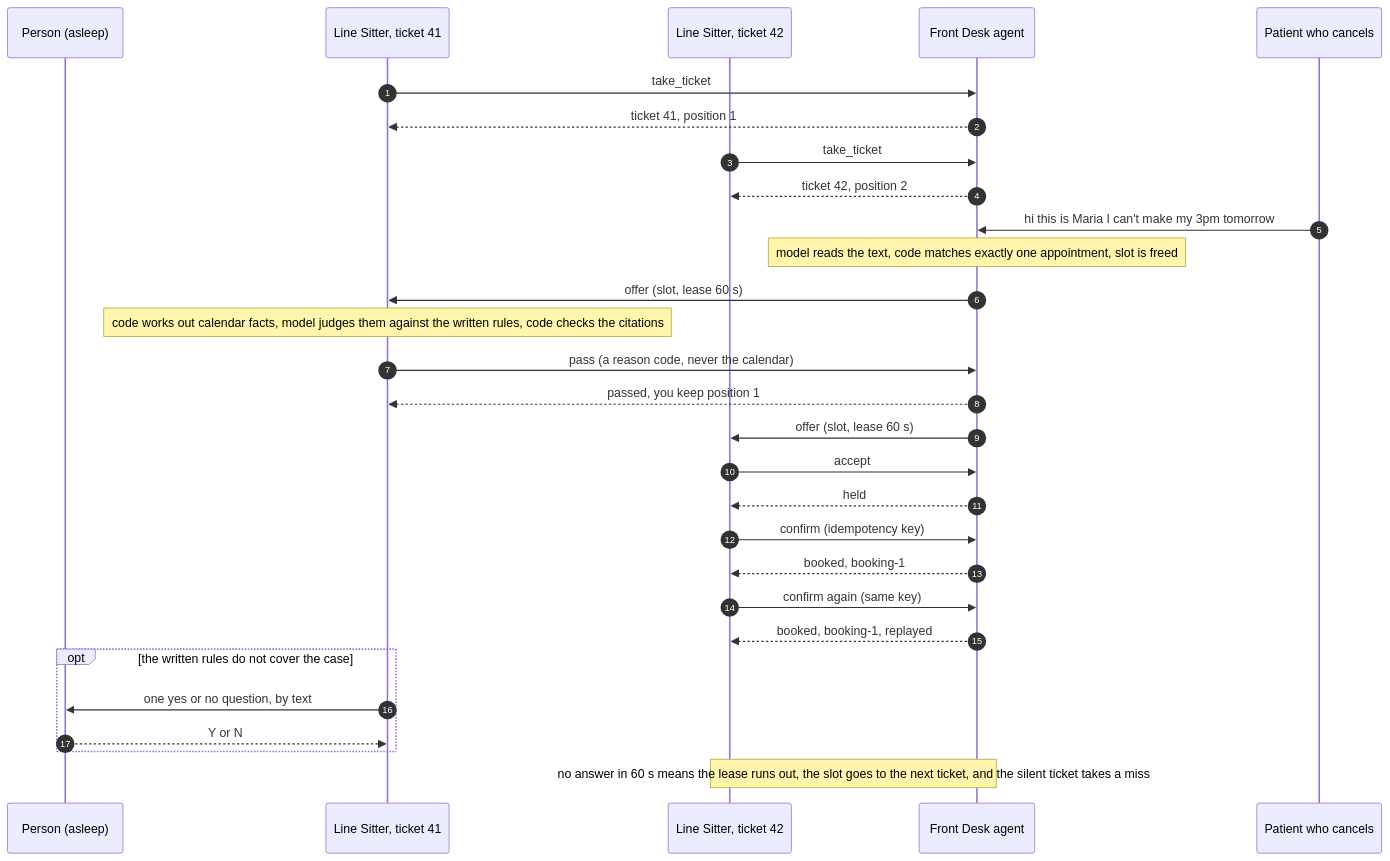
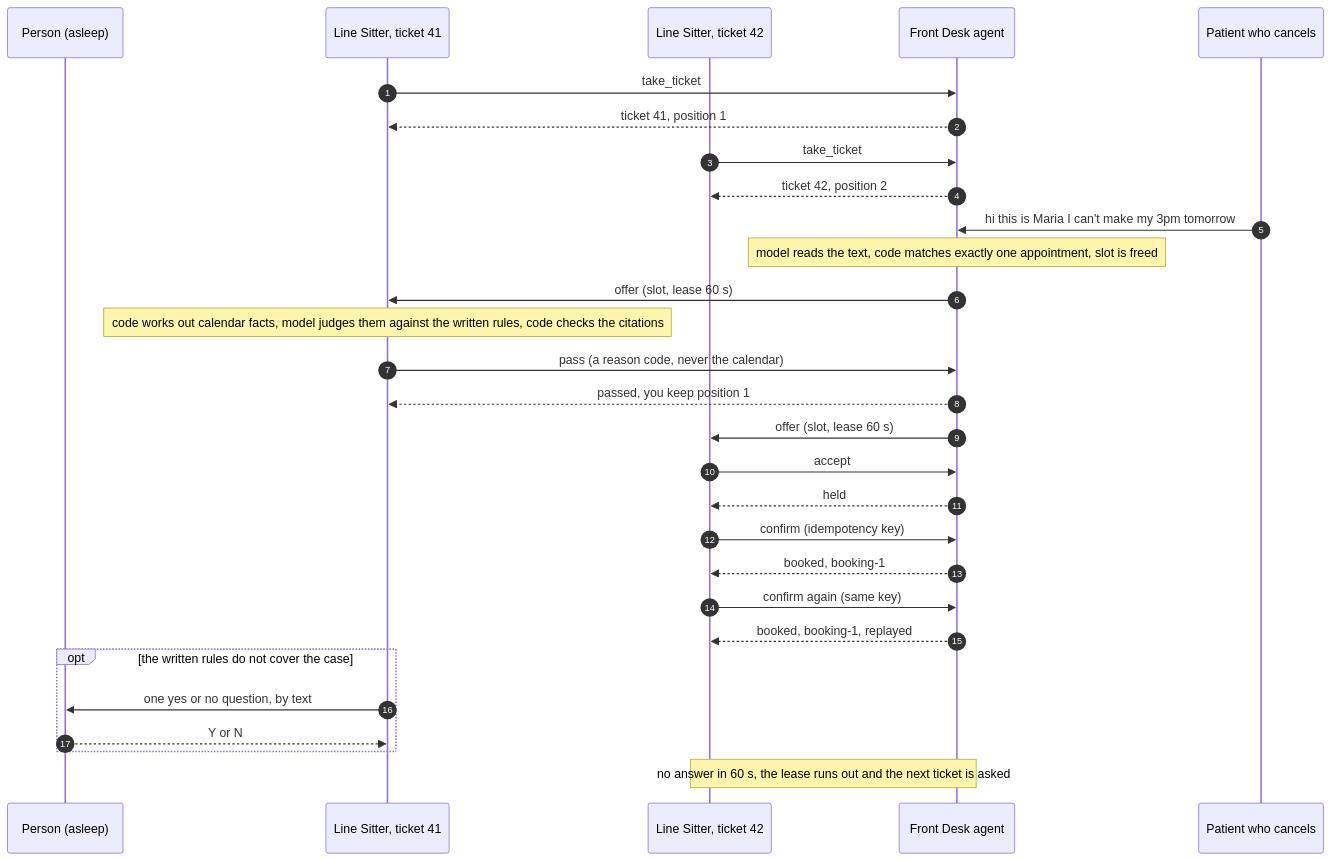
The diagram in README.md (CarlKho-Minerva/take-a-number), drawn with Mermaid before and after one commit. The commit also changed other lines of this file and 4 other files, not shown here.

Commit message:
Report each lease expiry once even when a late answer races the sweeper; fresh recording; 55 tests

````diff
--- a/README.md
+++ b/README.md
@@ -112,31 +112,31 @@
 ```mermaid
 sequenceDiagram
     autonumber
     participant P as Person (asleep)
     participant S1 as Line Sitter, ticket 41
     participant S2 as Line Sitter, ticket 42
     participant D as Front Desk agent
     participant C as Patient who cancels
     S1->>D: take_ticket
     D-->>S1: ticket 41, position 1
     S2->>D: take_ticket
     D-->>S2: ticket 42, position 2
     C->>D: hi this is Maria I can't make my 3pm tomorrow
     Note over D: model reads the text, code matches exactly one appointment, slot is freed
     D->>S1: offer (slot, lease 60 s)
     Note over S1: code works out calendar facts, model judges them against the written rules, code checks the citations
     S1->>D: pass (a reason code, never the calendar)
     D-->>S1: passed, you keep position 1
     D->>S2: offer (slot, lease 60 s)
     S2->>D: accept
     D-->>S2: held
     S2->>D: confirm (idempotency key)
     D-->>S2: booked, booking-1
     S2->>D: confirm again (same key)
     D-->>S2: booked, booking-1, replayed
     opt the written rules do not cover the case
         S1->>P: one yes or no question, by text
         P-->>S1: Y or N
     end
-    Note over D,S2: no answer in 60 s means the lease runs out, the slot goes to the next ticket, and the silent ticket takes a miss
+    Note over D,S2: no answer in 60 s, the lease runs out and the next ticket is asked
 ```
````
